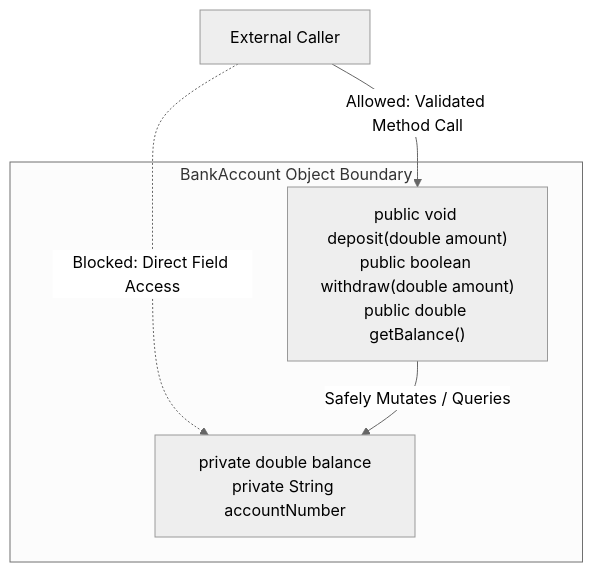
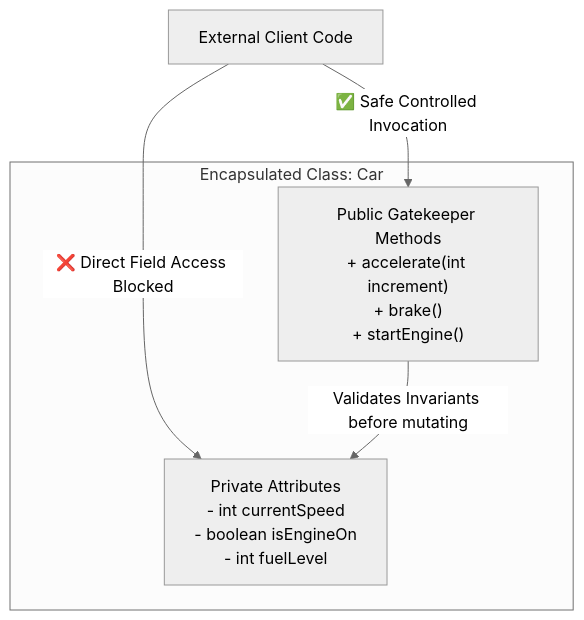
Before and after one commit to rohithgowda18/Notes: the fourth of 4 diagrams in 04-OOPs-and-Design-Patterns/01-Core-OOPs-and-UML/02-OOPs-Real-World-Examples-Abstraction-Encapsulation.md, drawn with Mermaid (neutral theme). The commit also changed other lines of this file and 17 other files, not shown here.

Commit message:
docs(lld): enrich notes with deep architectural analysis, diagrams, anti-patterns & code

````diff
--- a/04-OOPs-and-Design-Patterns/01-Core-OOPs-and-UML/02-OOPs-Real-World-Examples-Abstraction-Encapsulation.md
+++ b/04-OOPs-and-Design-Patterns/01-Core-OOPs-and-UML/02-OOPs-Real-World-Examples-Abstraction-Encapsulation.md
@@ -123,11 +124,14 @@
 ```mermaid
 flowchart TD
-    subgraph EncapsulatedClass["BankAccount Object Boundary"]
-        PrivateData["private double balance<br/>private String accountNumber"]
-        PublicMethods["public void deposit(double amount)<br/>public boolean withdraw(double amount)<br/>public double getBalance()"]
+    Client[External Client Code]
+    
+    subgraph EncapsulatedClass["Encapsulated Class: Car"]
+        PrivateFields["Private Attributes<br/>- int currentSpeed<br/>- boolean isEngineOn<br/>- int fuelLevel"]
+        
+        PublicGateways["Public Gatekeeper Methods<br/>+ accelerate(int increment)<br/>+ brake()<br/>+ startEngine()"]
     end
-
-    ExternalClient["External Caller"] -.->|Blocked: Direct Field Access| PrivateData
-    ExternalClient -->|Allowed: Validated Method Call| PublicMethods
-    PublicMethods -->|Safely Mutates / Queries| PrivateData
+    
+    Client --❌ Direct Field Access Blocked--> PrivateFields
+    Client -->|✅ Safe Controlled Invocation| PublicGateways
+    PublicGateways -->|Validates Invariants before mutating| PrivateFields
 ```
````
